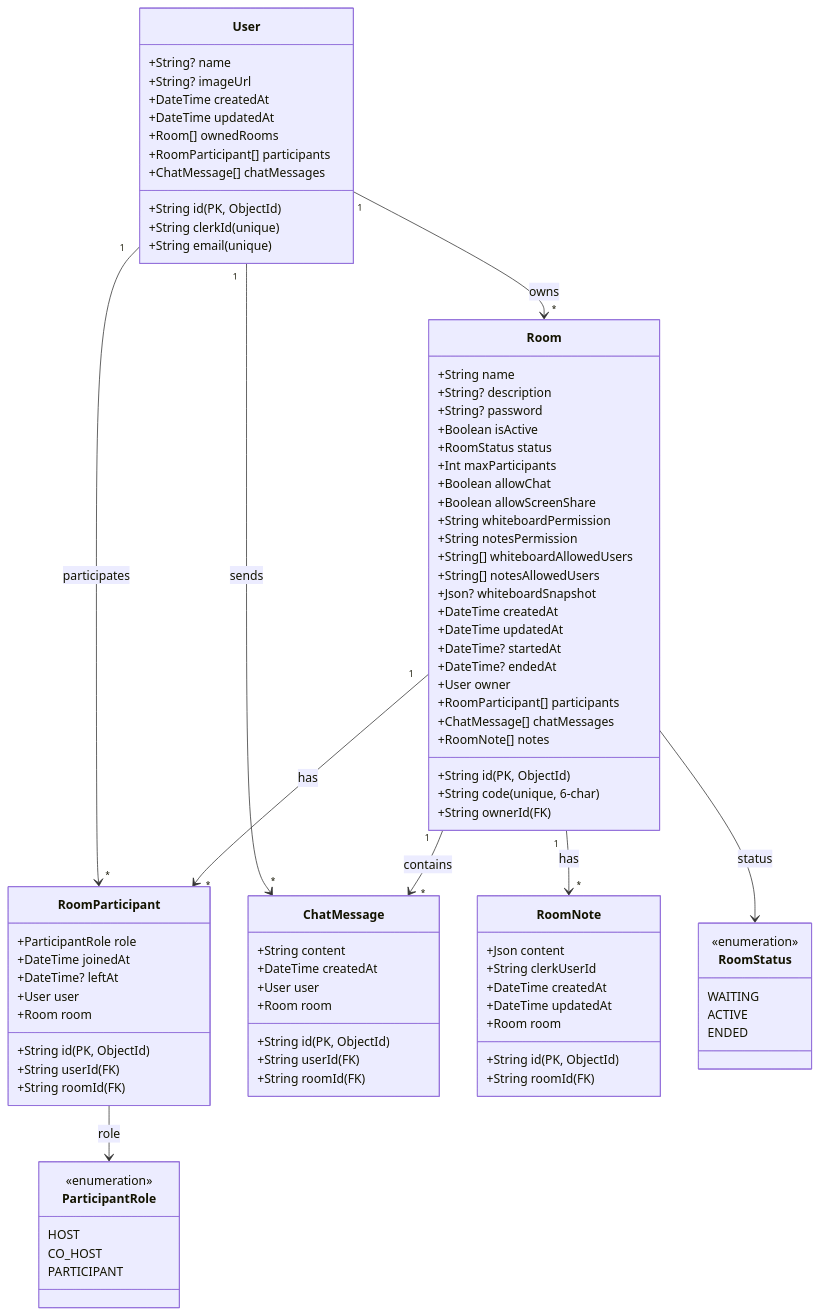
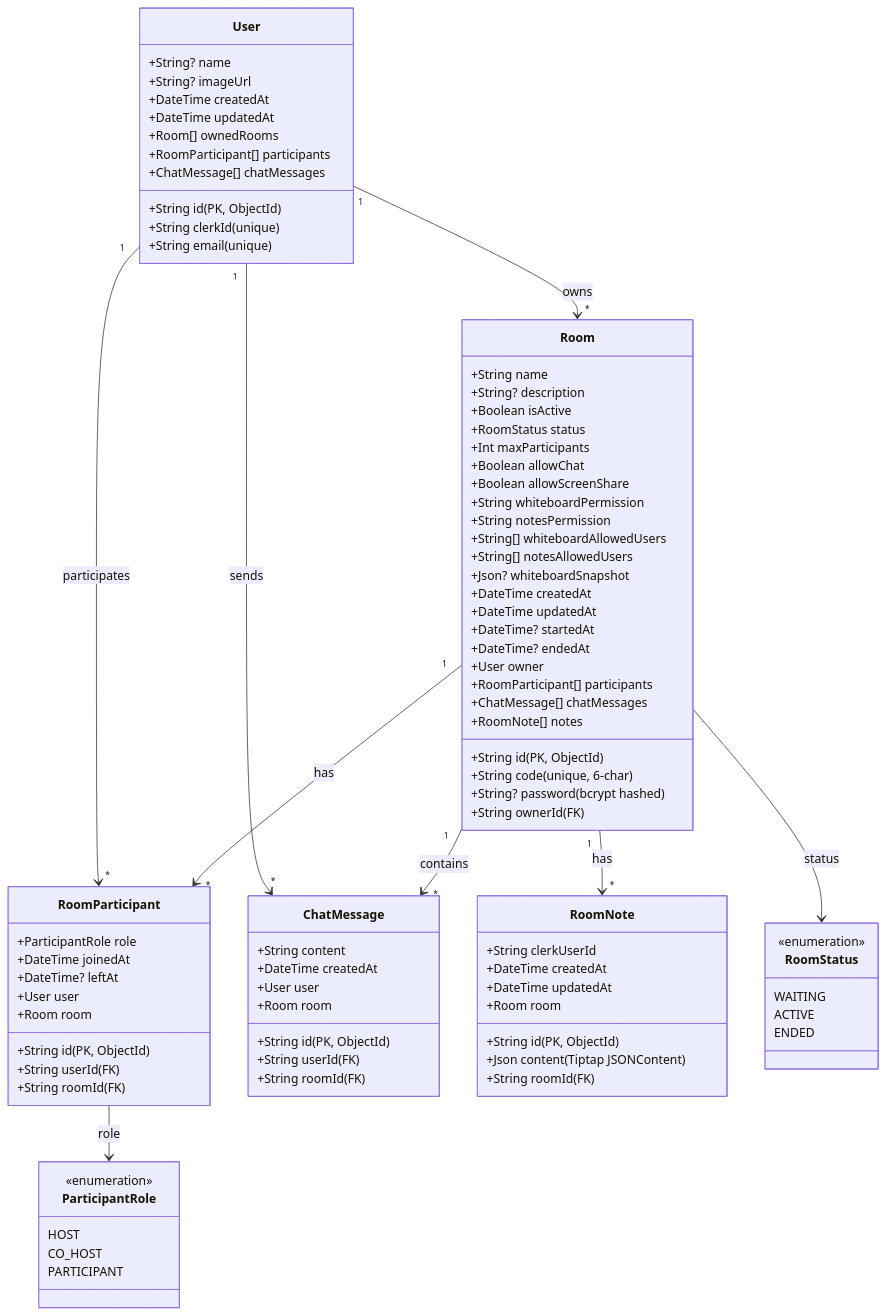
One commit to pho-veteran/stoom changed diagram 18 of 19 in reports.md. Above: the diagram before and after it, drawn with Mermaid. The commit also changed other lines of this file and 11 other files, not shown here.

```diff
--- a/reports.md
+++ b/reports.md
@@ -1289,7 +1375,7 @@
         +String code (unique, 6-char)
         +String name
         +String? description
-        +String? password
+        +String? password (bcrypt hashed)
         +Boolean isActive
         +RoomStatus status
         +Int maxParticipants
@@ -1334,7 +1420,7 @@
     
     class RoomNote {
         +String id (PK, ObjectId)
-        +Json content
+        +Json content (Tiptap JSONContent)
         +String clerkUserId
         +String roomId (FK)
         +DateTime createdAt
```
